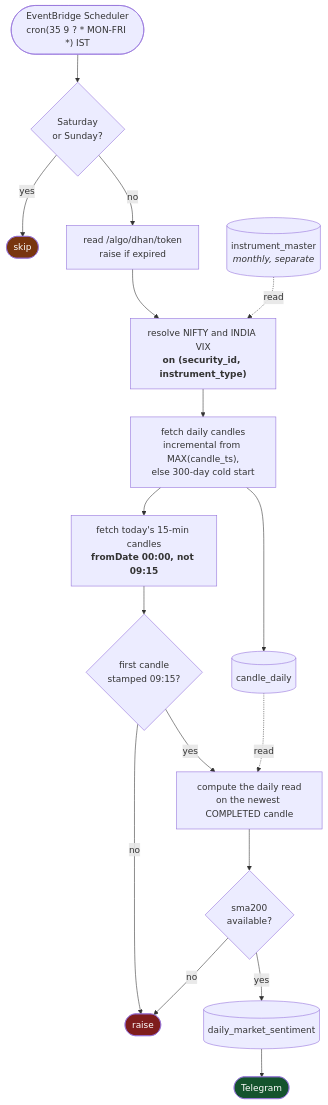
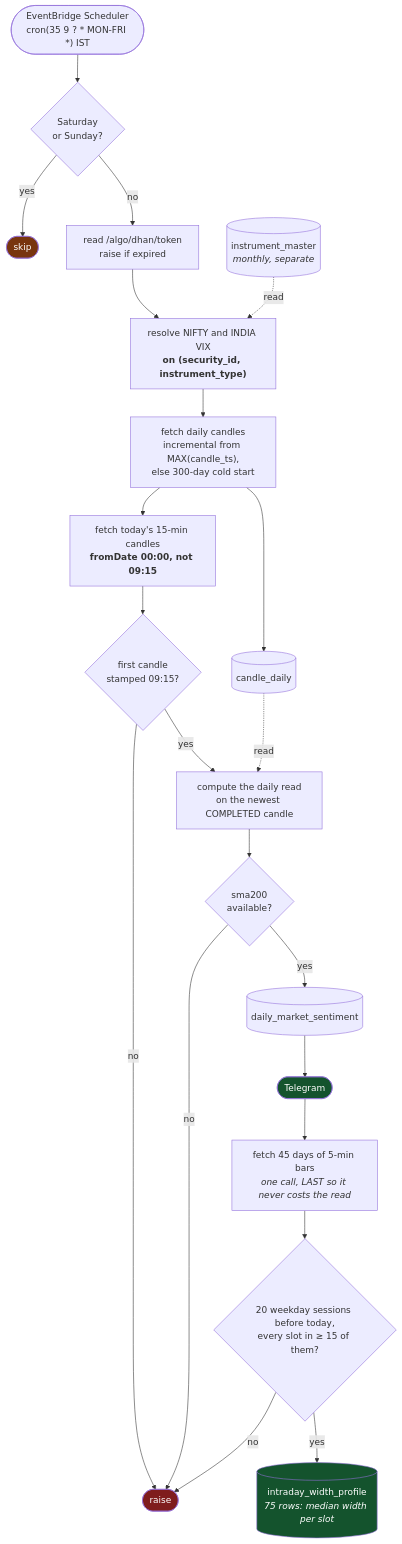
One commit to amar7585/aws-algo-claude changed the fourth of 7 diagrams in docs/flow.md. Above: the diagram before and after it, drawn with Mermaid. The commit also changed other lines of this file and 25 other files, not shown here.

````diff
--- a/docs/flow.md
+++ b/docs/flow.md
@@ -251,28 +251,33 @@
 ```mermaid
 flowchart TD
     START(["EventBridge Scheduler<br/>cron(35 9 ? * MON-FRI *) IST"]) --> WKND{"Saturday<br/>or Sunday?"}
     WKND -->|yes| SKIP(["skip"])
     WKND -->|no| TOK["read /algo/dhan/token<br/>raise if expired"]
 
     TOK --> RESOLVE["resolve NIFTY and INDIA VIX<br/><b>on (security_id, instrument_type)</b>"]
     RESOLVE --> DAILY["fetch daily candles<br/>incremental from MAX(candle_ts),<br/>else 300-day cold start"]
     DAILY --> CD[("candle_daily")]
 
     DAILY --> INTRA["fetch today's 15-min candles<br/><b>fromDate 00:00, not 09:15</b>"]
     INTRA --> GUARD{"first candle<br/>stamped 09:15?"}
     GUARD -->|no| RAISE(["raise"])
     GUARD -->|yes| READ
 
     READ["compute the daily read<br/>on the newest COMPLETED candle"]
     READ --> SMA{"sma200<br/>available?"}
     SMA -->|no| RAISE
     SMA -->|yes| WRITE[("daily_market_sentiment")]
     WRITE --> TG(["Telegram"])
+    TG --> WFETCH["fetch 45 days of 5-min bars<br/><i>one call, LAST so it never costs the read</i>"]
+    WFETCH --> WBUILD{"20 weekday sessions before today,<br/>every slot in &ge; 15 of them?"}
+    WBUILD -->|no| RAISE
+    WBUILD -->|yes| WP[("intraday_width_profile<br/><i>75 rows: median width per slot</i>")]
 
     IM[("instrument_master<br/><i>monthly, separate</i>")] -.read.-> RESOLVE
     CD -.read.-> READ
 
     style SKIP fill:#78350f,color:#fff
     style RAISE fill:#7f1d1d,color:#fff
     style TG fill:#14532d,color:#fff
+    style WP fill:#14532d,color:#fff
 ```
````
